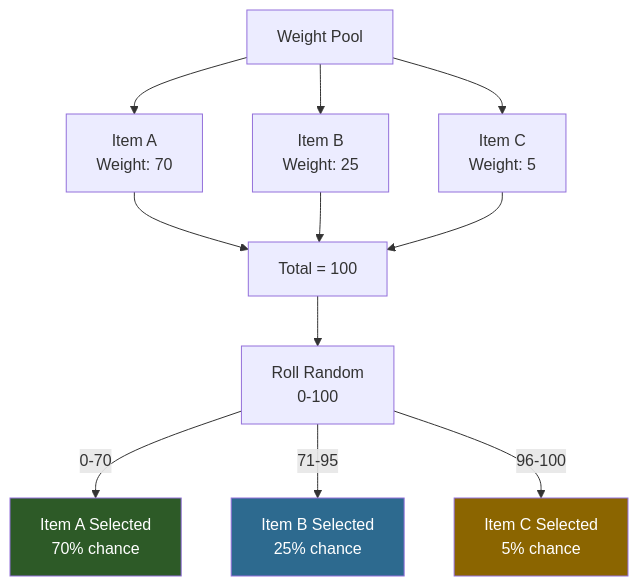
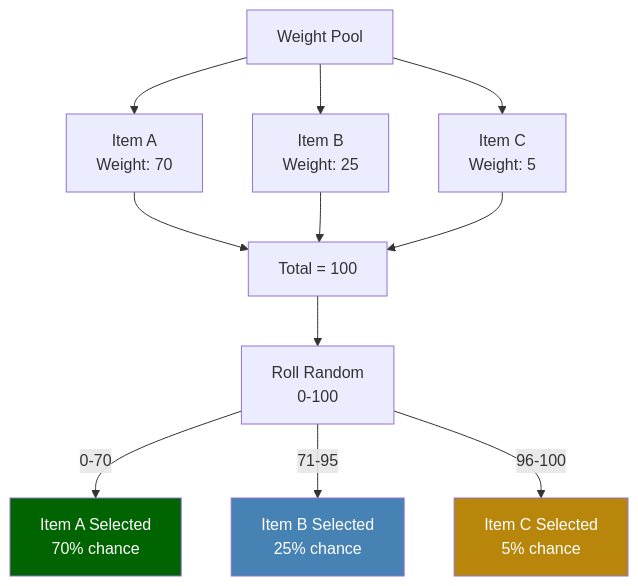
Before and after one commit to nevesb/hytale-modding-docs: the first of 2 diagrams in src/content/docs/es/reference/concepts/weight-system.md, drawn with Mermaid. The commit also changed other lines of this file and 34 other files, not shown here.

````diff
--- a/src/content/docs/es/reference/concepts/weight-system.md
+++ b/src/content/docs/es/reference/concepts/weight-system.md
@@ -19,19 +19,19 @@
 ```mermaid
-flowchart TD
-    A[Weight Pool] --> B["Item A<br/>Weight: 70"]
-    A --> C["Item B<br/>Weight: 25"]
-    A --> D["Item C<br/>Weight: 5"]
+flowchart TD;
+    A[Weight Pool] --> B["Item A<br>Weight: 70"]
+    A --> C["Item B<br>Weight: 25"]
+    A --> D["Item C<br>Weight: 5"]
 
     B --> E[Total = 100]
     C --> E
     D --> E
 
-    E --> F["Roll Random<br/>0-100"]
-    F -->|"0-70"| G["Item A Selected<br/>70% chance"]
-    F -->|"71-95"| H["Item B Selected<br/>25% chance"]
-    F -->|"96-100"| I["Item C Selected<br/>5% chance"]
+    E --> F["Roll Random<br>0-100"]
+    F -->|"0-70"| G["Item A Selected<br>70% chance"]
+    F -->|"71-95"| H["Item B Selected<br>25% chance"]
+    F -->|"96-100"| I["Item C Selected<br>5% chance"]
 
-    style G fill:#2d5a27,color:#fff
-    style H fill:#2d6a8f,color:#fff
-    style I fill:#8b6500,color:#fff
+    style G fill:darkgreen,color:white
+    style H fill:steelblue,color:white
+    style I fill:darkgoldenrod,color:white
 ```
````
